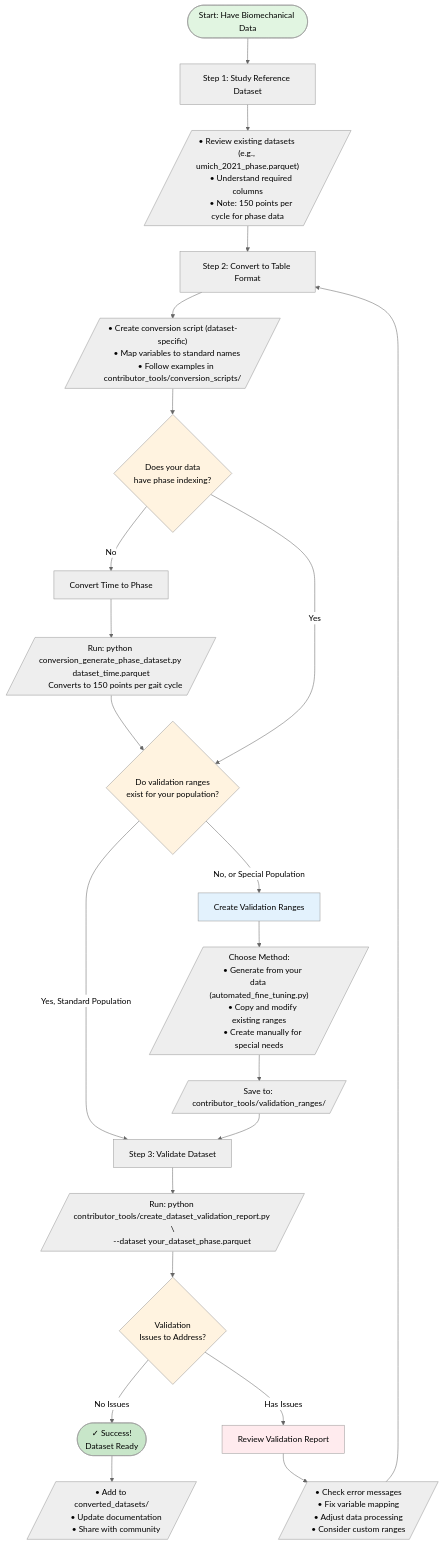
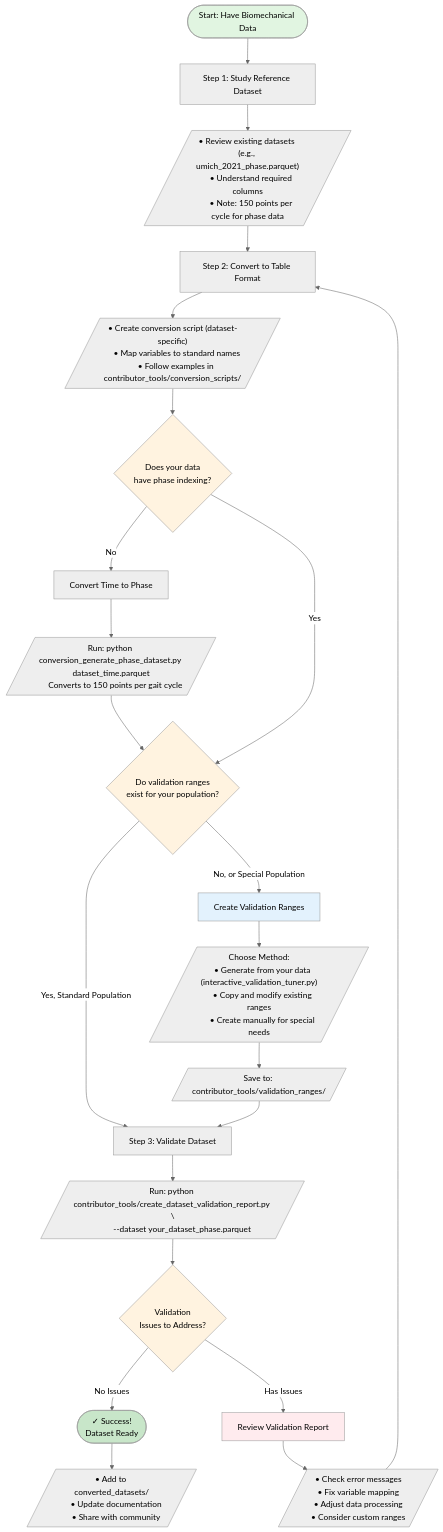
Before and after one commit to jmontp/LocoHub: the diagram in docs/contributing/index.md, drawn with Mermaid (neutral theme). The commit also changed 9 other files, not shown here.

First line of the commit message:
Remove automated fine-tuning functionality from contributor tools

````diff
--- a/docs/contributing/index.md
+++ b/docs/contributing/index.md
@@ -86,74 +86,74 @@
 ```mermaid
 flowchart TD
     Start([Start: Have Biomechanical Data]) --> Step1[Step 1: Study Reference Dataset]
     
     Step1 --> Step1Details[/"
     • Review existing datasets (e.g., umich_2021_phase.parquet)
     • Understand required columns
     • Note: 150 points per cycle for phase data
     "/]
     
     Step1Details --> Step2[Step 2: Convert to Table Format]
     
     Step2 --> Step2Details[/"
     • Create conversion script (dataset-specific)
     • Map variables to standard names
     • Follow examples in contributor_tools/conversion_scripts/
     "/]
     
     Step2Details --> CheckPhase{Does your data<br/>have phase indexing?}
     
     CheckPhase -->|No| ConvertPhase[Convert Time to Phase]
     ConvertPhase --> ConvertDetails[/"
     Run: python conversion_generate_phase_dataset.py dataset_time.parquet
     Converts to 150 points per gait cycle
     "/]
     ConvertDetails --> CheckRanges
     
     CheckPhase -->|Yes| CheckRanges{Do validation ranges<br/>exist for your population?}
     
     CheckRanges -->|Yes, Standard Population| Step3[Step 3: Validate Dataset]
     
     CheckRanges -->|No, or Special Population| CreateRanges[Create Validation Ranges]
     CreateRanges --> RangeOptions[/"
     Choose Method:
-    • Generate from your data (automated_fine_tuning.py)
+    • Generate from your data (interactive_validation_tuner.py)
     • Copy and modify existing ranges
     • Create manually for special needs
     "/]
     RangeOptions --> SaveRanges[/"
     Save to: contributor_tools/validation_ranges/
     "/]
     SaveRanges --> Step3
     
     Step3 --> ValidateCmd[/"
     Run: python contributor_tools/create_dataset_validation_report.py \
          --dataset your_dataset_phase.parquet
     "/]
     
     ValidateCmd --> CheckValid{Validation<br/>Issues to Address?}
     
     CheckValid -->|No Issues| Success([✓ Success!<br/>Dataset Ready])
     Success --> SuccessSteps[/"
     • Add to converted_datasets/
     • Update documentation
     • Share with community
     "/]
     
     CheckValid -->|Has Issues| Review[Review Validation Report]
     Review --> FixIssues[/"
     • Check error messages
     • Fix variable mapping
     • Adjust data processing
     • Consider custom ranges
     "/]
     FixIssues --> Step2
     
     style Start fill:#e1f5e1
     style Success fill:#c8e6c9
     style CheckPhase fill:#fff3e0
     style CheckRanges fill:#fff3e0
     style CheckValid fill:#fff3e0
     style CreateRanges fill:#e3f2fd
     style Review fill:#ffebee
 ```
````
